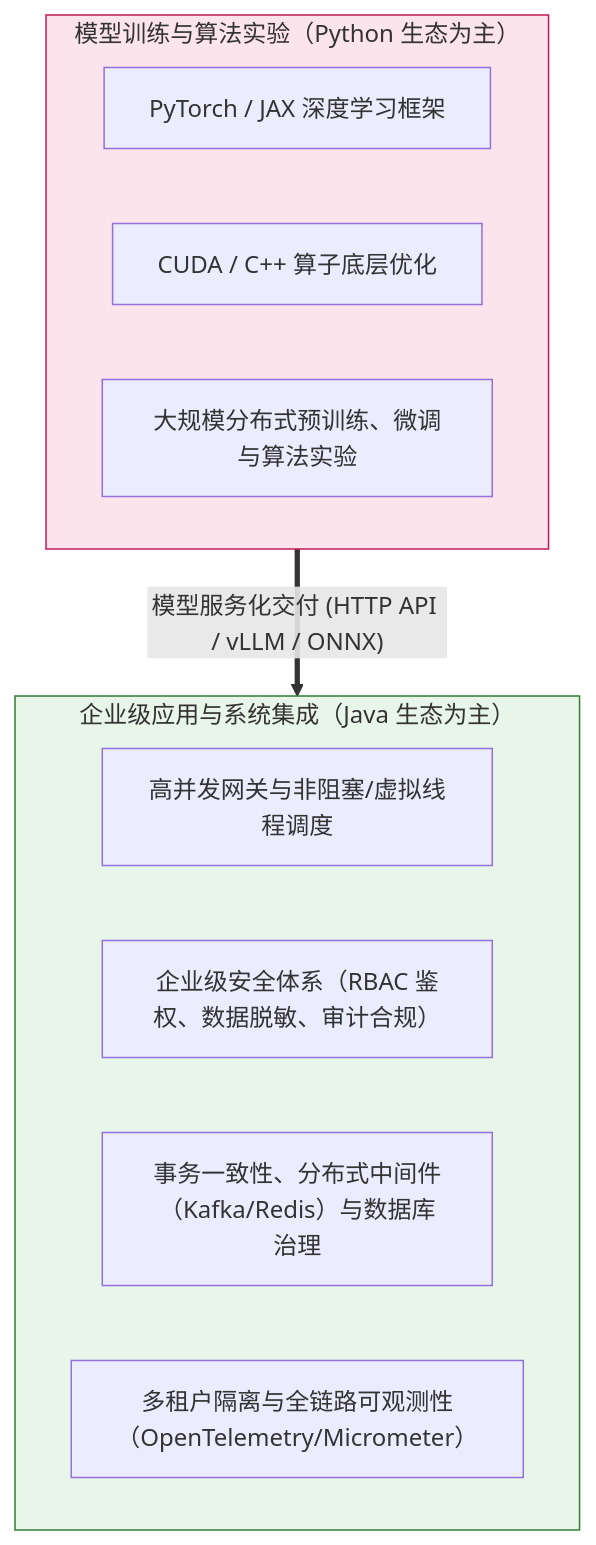
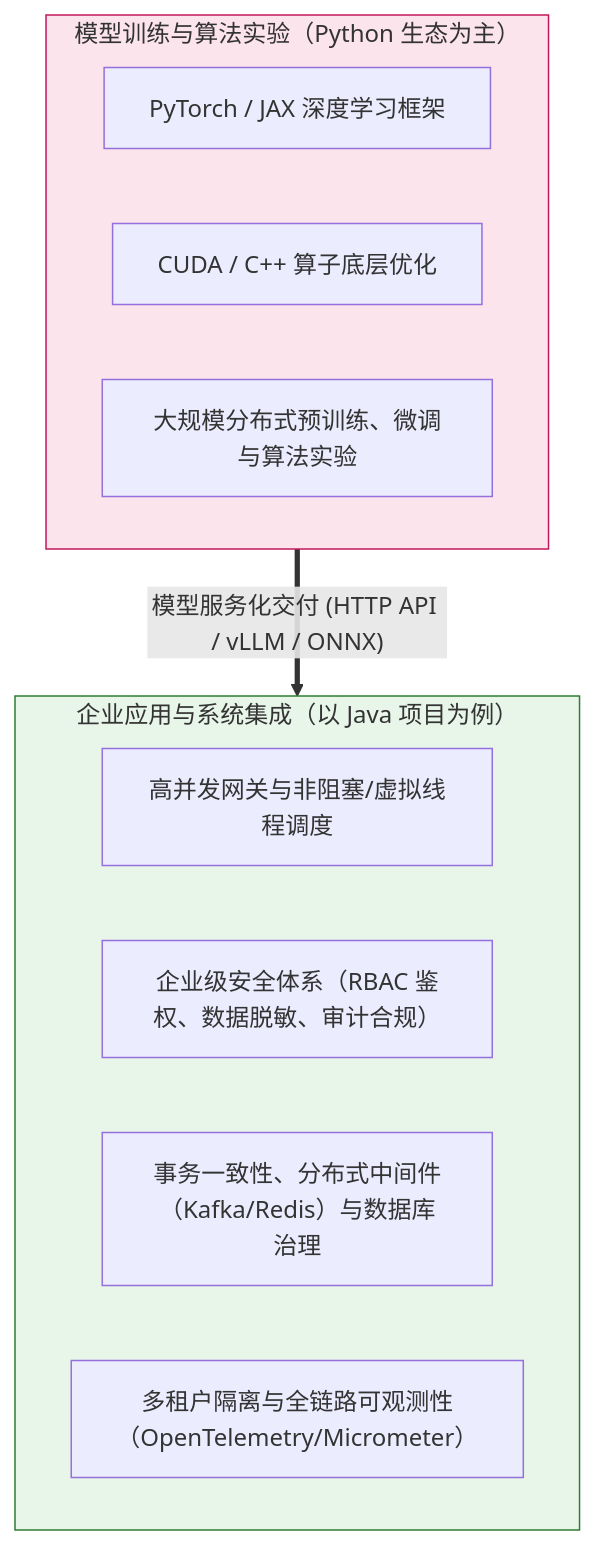
The first of 3 diagrams in 10-AI应用开发/02-框架-SpringAI与LangChain4j/00-Java-AI框架全景与心智模型.md (GuoWWWX/knowledge-base), drawn with Mermaid before and after one commit. The commit also changed other lines of this file and 368 other files, not shown here.

````diff
--- a/10-AI应用开发/02-框架-SpringAI与LangChain4j/00-Java-AI框架全景与心智模型.md
+++ b/10-AI应用开发/02-框架-SpringAI与LangChain4j/00-Java-AI框架全景与心智模型.md
@@ -26,20 +26,20 @@
 ```mermaid
 graph TD
     subgraph Research["模型训练与算法实验（Python 生态为主）"]
         PyTorch["PyTorch / JAX 深度学习框架"]
         CUDA["CUDA / C++ 算子底层优化"]
         Train["大规模分布式预训练、微调与算法实验"]
     end
 
-    subgraph Production["企业级应用与系统集成（Java 生态为主）"]
+    subgraph Production["企业应用与系统集成（以 Java 项目为例）"]
         HighConcurrency["高并发网关与非阻塞/虚拟线程调度"]
         EnterpriseSec["企业级安全体系（RBAC 鉴权、数据脱敏、审计合规）"]
         TxConsist["事务一致性、分布式中间件（Kafka/Redis）与数据库治理"]
         MultiTenant["多租户隔离与全链路可观测性（OpenTelemetry/Micrometer）"]
     end
 
     Research ==>|"模型服务化交付 (HTTP API / vLLM / ONNX)"| Production
 
     style Research fill:#fce4ec,stroke:#c2185b,stroke-width:1px
     style Production fill:#e8f5e9,stroke:#2e7d32,stroke-width:1px
 ```
````
